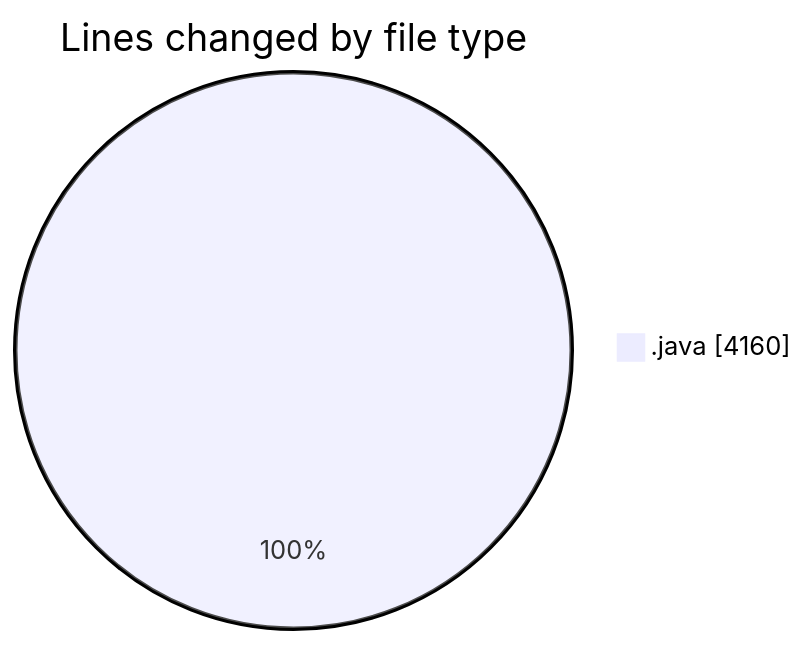
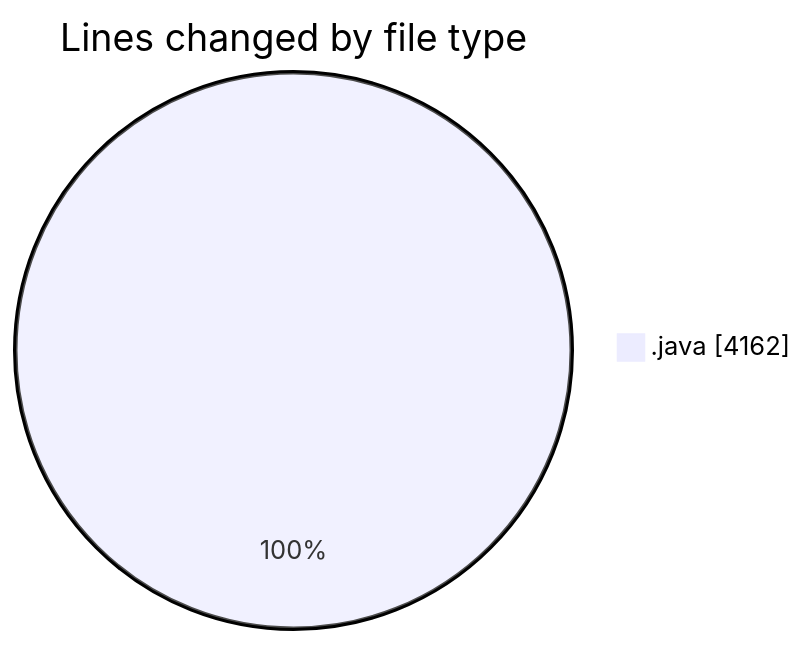
Before and after one commit to ricardozamudiocil/code-tracking: the first of 2 diagrams in 2026-09-01/cilapp/README.md, drawn with Mermaid. The commit also changed other lines of this file and 1 other file, not shown here.

````diff
--- a/2026-09-01/cilapp/README.md
+++ b/2026-09-01/cilapp/README.md
@@ -23,5 +23,5 @@
 ```mermaid
 pie showData
 title Lines changed by file type
-".java" : 4160
+".java" : 4162
 ```
````
